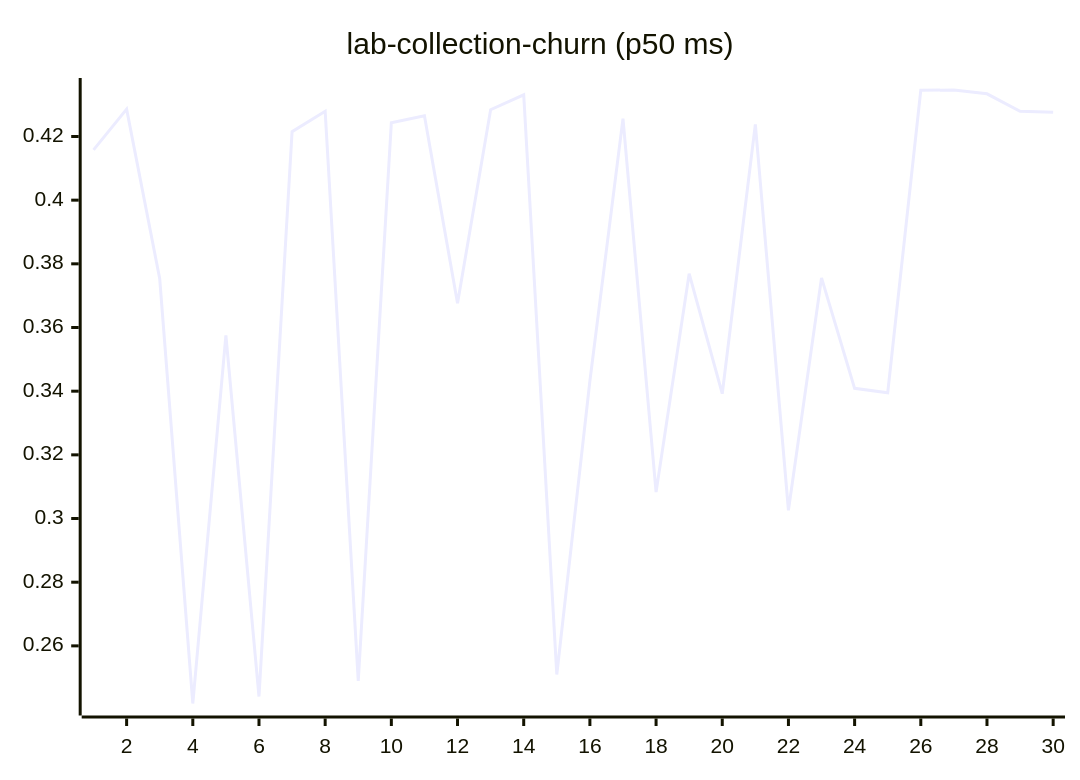
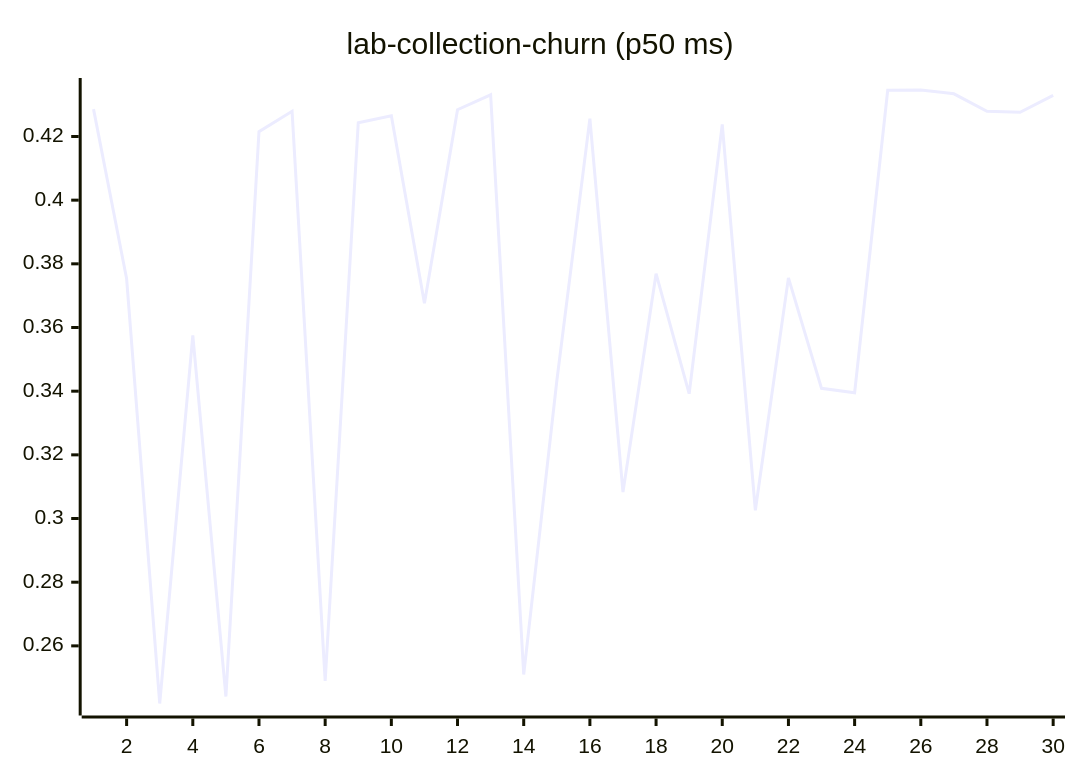
Before and after one commit to josha/Facet: diagram 11 of 27 in README.md, drawn with Mermaid. The commit also changed other lines of this file and 2 other files, not shown here.

````diff
--- a/README.md
+++ b/README.md
@@ -133,6 +133,6 @@
 ```mermaid
 xychart-beta
     title "lab-collection-churn (p50 ms)"
     x-axis 1 --> 30
-    line [0.4158, 0.4286, 0.3753, 0.2419, 0.3575, 0.2441, 0.4215, 0.4279, 0.2490, 0.4243, 0.4265, 0.3676, 0.4284, 0.4331, 0.2510, 0.3432, 0.4256, 0.3083, 0.3769, 0.3392, 0.4238, 0.3026, 0.3756, 0.3409, 0.3395, 0.4345, 0.4346, 0.4334, 0.4279, 0.4276]
+    line [0.4286, 0.3753, 0.2419, 0.3575, 0.2441, 0.4215, 0.4279, 0.2490, 0.4243, 0.4265, 0.3676, 0.4284, 0.4331, 0.2510, 0.3432, 0.4256, 0.3083, 0.3769, 0.3392, 0.4238, 0.3026, 0.3756, 0.3409, 0.3395, 0.4345, 0.4346, 0.4334, 0.4279, 0.4276, 0.4329]
 ```
````
